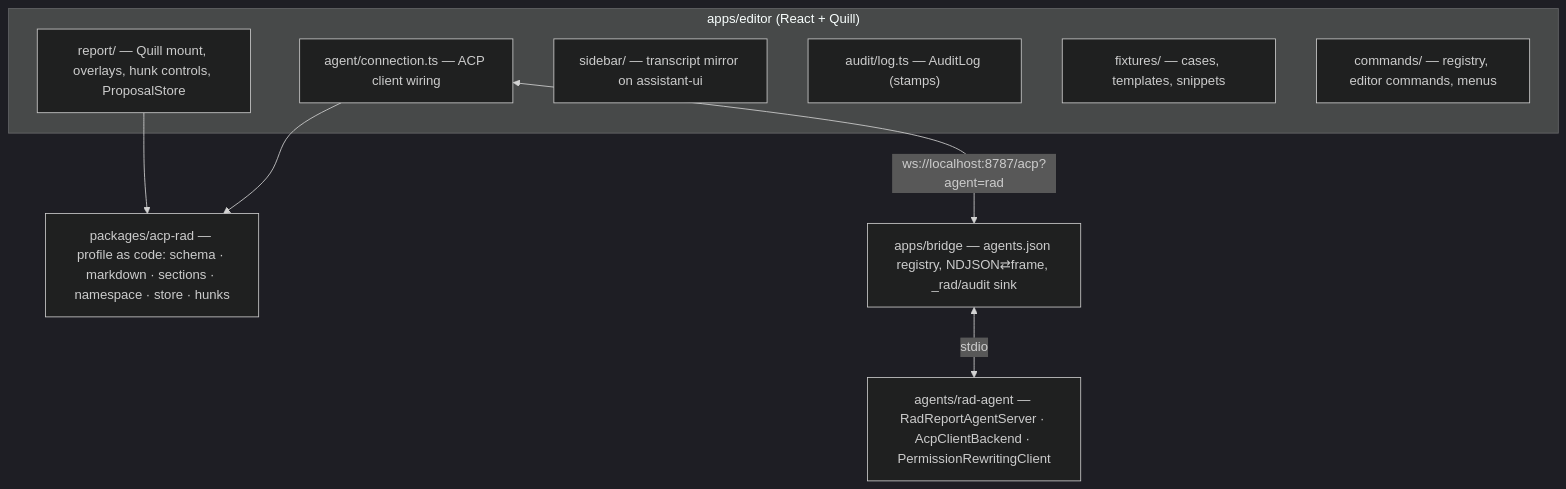
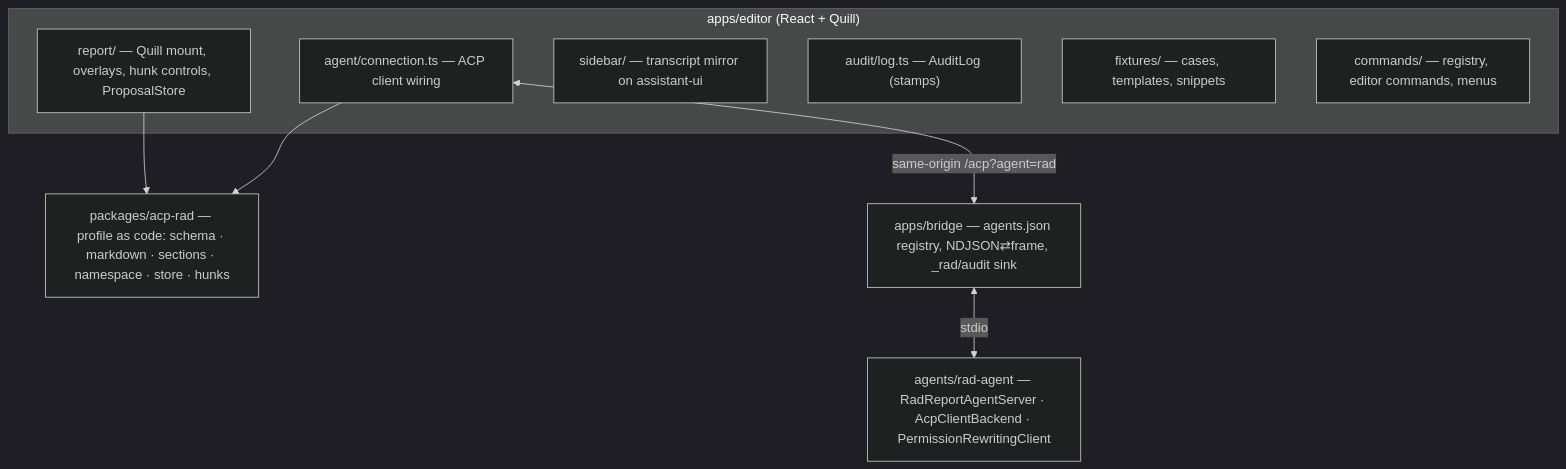
The second of 7 diagrams in docs/design/01-system-architecture.md (Lightbridge-KS/acp-rad-demo), drawn with Mermaid (dark theme) before and after one commit. The commit also changed other lines of this file and 27 other files, not shown here.

````diff
--- a/docs/design/01-system-architecture.md
+++ b/docs/design/01-system-architecture.md
@@ -54,18 +56,18 @@
 ```mermaid
 flowchart TD
     subgraph editor["apps/editor (React + Quill)"]
         report["report/ — Quill mount, overlays, hunk controls, ProposalStore"]
         agentc["agent/connection.ts — ACP client wiring"]
         sidebar["sidebar/ — transcript mirror on assistant-ui"]
         auditl["audit/log.ts — AuditLog (stamps)"]
         fix["fixtures/ — cases, templates, snippets"]
         cmds["commands/ — registry, editor commands, menus"]
     end
     pkg["packages/acp-rad — profile as code: schema · markdown · sections · namespace · store · hunks"]
     bridge["apps/bridge — agents.json registry, NDJSON⇄frame, _rad/audit sink"]
     ragent["agents/rad-agent — RadReportAgentServer · AcpClientBackend · PermissionRewritingClient"]
     report --> pkg
     agentc --> pkg
-    agentc <-->|"ws://localhost:8787/acp?agent=rad"| bridge
+    agentc <-->|"same-origin /acp?agent=rad"| bridge
     bridge <-->|stdio| ragent
 ```
````
